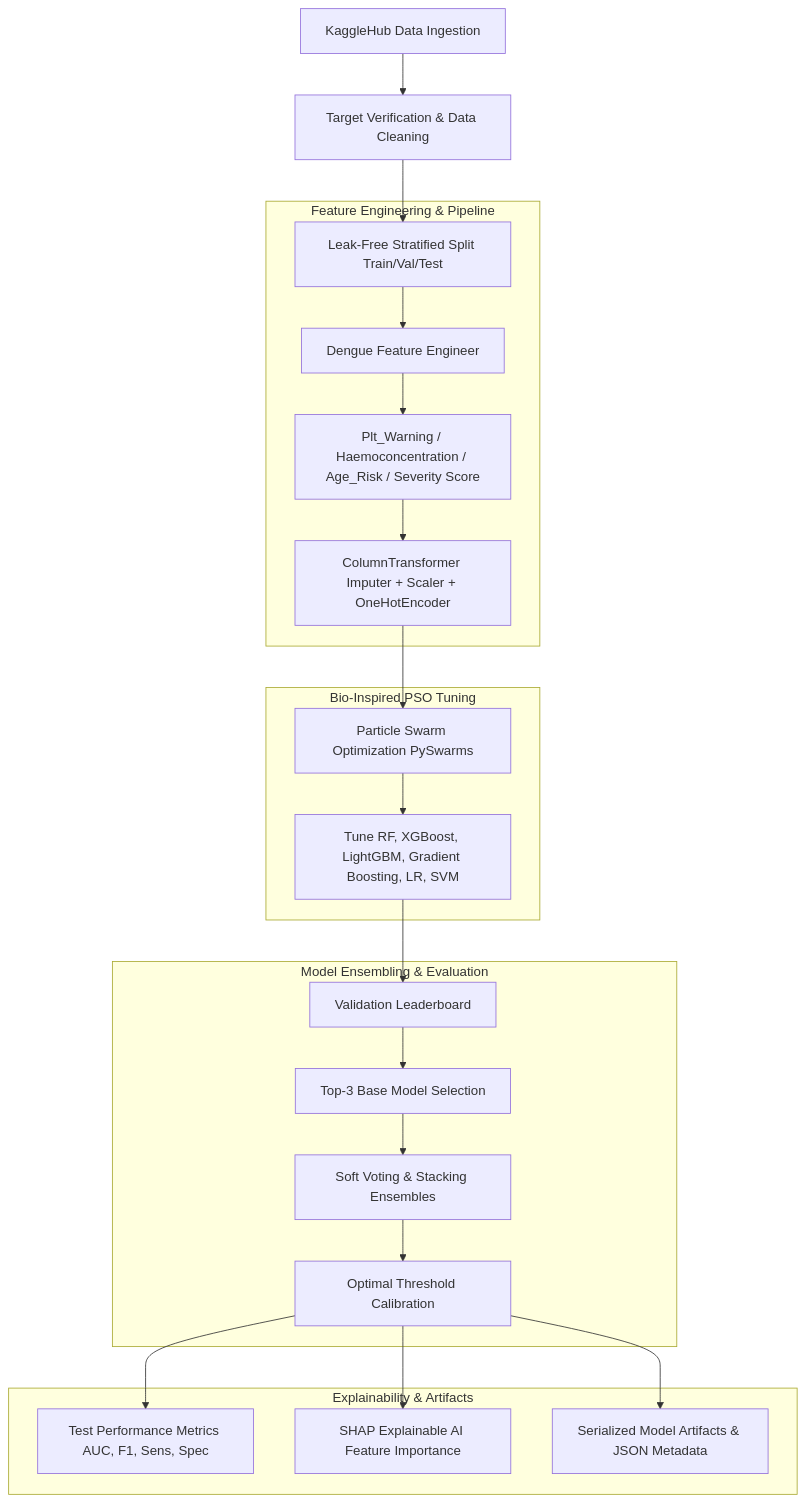
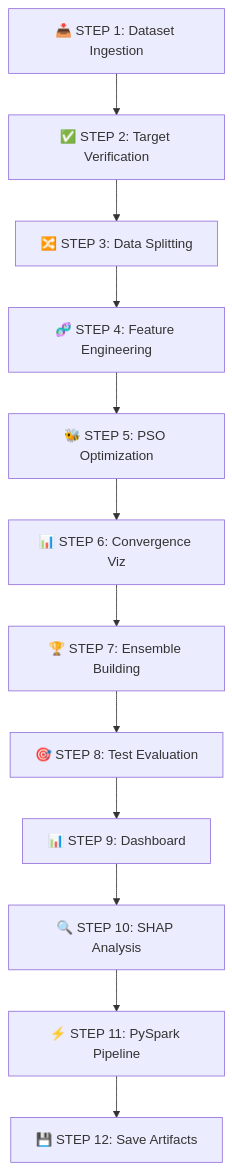
The diagram in README.md (Anshuman-1106/Dengue-Severity-Prediction-Pipeline), drawn with Mermaid before and after one commit. The commit also changed other lines of this file, not shown here.

````diff
--- a/README.md
+++ b/README.md
@@ -46,29 +232,14 @@
 ```mermaid
-flowchart TD
-    A[KaggleHub Data Ingestion] --> B[Target Verification & Data Cleaning]
-    B --> C[Leak-Free Stratified Split Train/Val/Test]
-    
-    subgraph Feature Engineering & Pipeline
-        C --> D[Dengue Feature Engineer]
-        D --> E[Plt_Warning / Haemoconcentration / Age_Risk / Severity Score]
-        E --> F[ColumnTransformer Imputer + Scaler + OneHotEncoder]
-    end
-    
-    subgraph Bio-Inspired PSO Tuning
-        F --> G[Particle Swarm Optimization PySwarms]
-        G --> H[Tune RF, XGBoost, LightGBM, Gradient Boosting, LR, SVM]
-    end
-    
-    subgraph Model Ensembling & Evaluation
-        H --> I[Validation Leaderboard]
-        I --> J[Top-3 Base Model Selection]
-        J --> K[Soft Voting & Stacking Ensembles]
-        K --> L[Optimal Threshold Calibration]
-    end
-    
-    subgraph Explainability & Artifacts
-        L --> M[Test Performance Metrics AUC, F1, Sens, Spec]
-        L --> N[SHAP Explainable AI Feature Importance]
-        L --> O[Serialized Model Artifacts & JSON Metadata]
-    end
+graph TD
+    A[📥 STEP 1: Dataset Ingestion] --> B[✅ STEP 2: Target Verification]
+    B --> C[🔀 STEP 3: Data Splitting]
+    C --> D[🧬 STEP 4: Feature Engineering]
+    D --> E[🐝 STEP 5: PSO Optimization]
+    E --> F[📊 STEP 6: Convergence Viz]
+    F --> G[🏆 STEP 7: Ensemble Building]
+    G --> H[🎯 STEP 8: Test Evaluation]
+    H --> I[📊 STEP 9: Dashboard]
+    I --> J[🔍 STEP 10: SHAP Analysis]
+    J --> K[⚡ STEP 11: PySpark Pipeline]
+    K --> L[💾 STEP 12: Save Artifacts]
 ```
````
